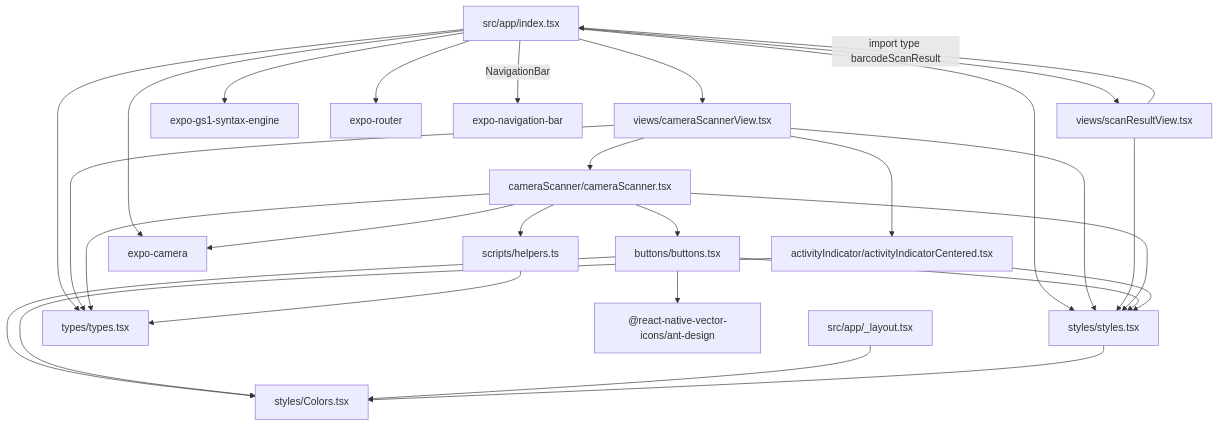
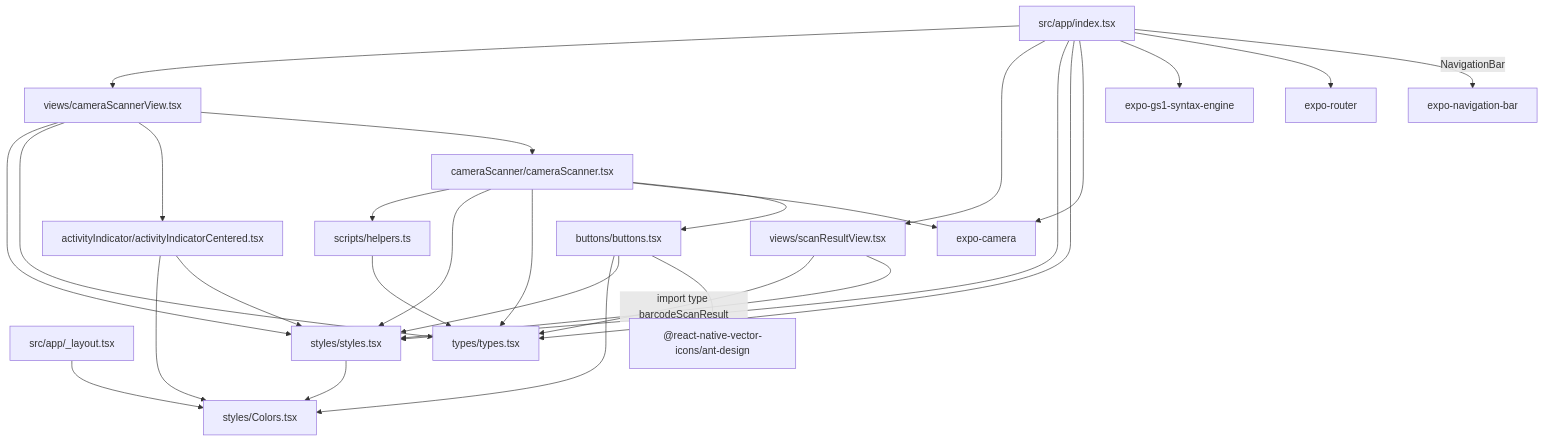
Before and after one commit to GS1SlovakiaOrg/expo-gs1-s-e-example: the third of 5 diagrams in docs/02-architektura.md, drawn with Mermaid. The commit also changed other lines of this file and 5 other files, not shown here.

````diff
--- a/docs/02-architektura.md
+++ b/docs/02-architektura.md
@@ -127,50 +127,50 @@
 ```mermaid
 flowchart TD
     index["src/app/index.tsx"]
     layout["src/app/_layout.tsx"]
     csv["views/cameraScannerView.tsx"]
     srv["views/scanResultView.tsx"]
     cs["cameraScanner/cameraScanner.tsx"]
     aic["activityIndicator/activityIndicatorCentered.tsx"]
     btn["buttons/buttons.tsx"]
     sty["styles/styles.tsx"]
     col["styles/Colors.tsx"]
     typ["types/types.tsx"]
     hlp["scripts/helpers.ts"]
     gs1["expo-gs1-syntax-engine"]
     cam["expo-camera"]
     er["expo-router"]
 
     index --> csv
     index --> srv
     index --> sty
     index --> typ
     index --> cam
     index --> gs1
     index --> er
     index -->|NavigationBar| navb["expo-navigation-bar"]
 
     csv --> sty
     csv --> typ
     csv --> aic
     csv --> cs
 
-    srv -->|import type barcodeScanResult| index
+    srv -->|import type barcodeScanResult| typ
     srv --> sty
 
     cs --> hlp
     cs --> sty
     cs --> typ
     cs --> cam
     cs --> btn
 
     btn --> col
     btn --> sty
     btn --> antd["@react-native-vector-icons/ant-design"]
 
     aic --> col
     aic --> sty
     layout --> col
     hlp --> typ
     sty --> col
 ```
````
